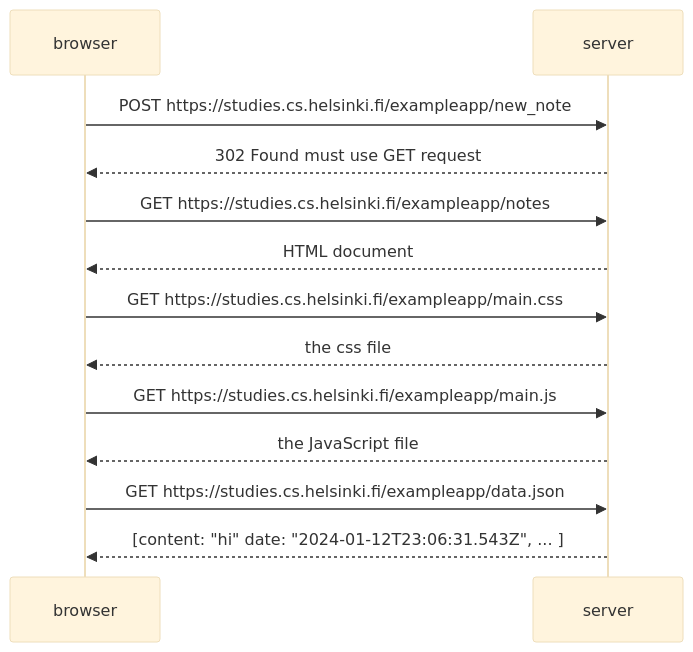
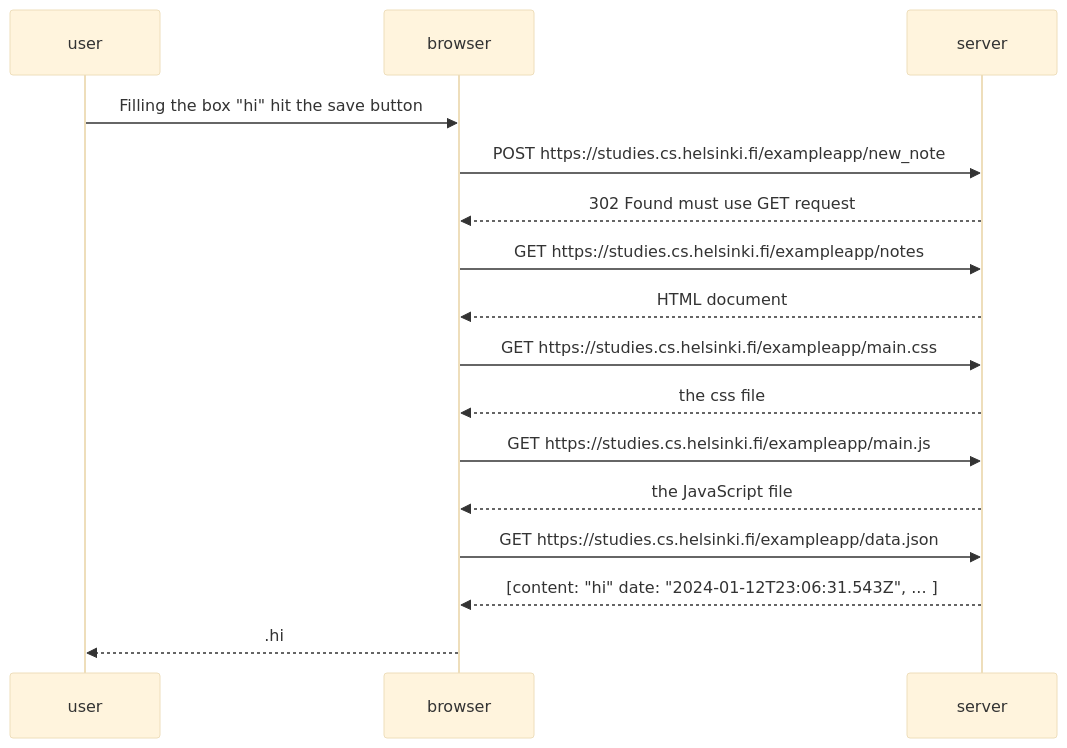
The diagram in SequenceDiagram.md (CheikhATGaye/FullStack), drawn with Mermaid (base theme) before and after one commit. The commit also changed other lines of this file and 1 other file, not shown here.

Commit message:
Adding User

````diff
--- a/SequenceDiagram.md
+++ b/SequenceDiagram.md
@@ -1,20 +2,23 @@
 ```mermaid
 sequenceDiagram
+    participant user
     participant browser
     participant server
 
+    user->>browser : Filling the box "hi" hit the save button
     browser->>server: POST https://studies.cs.helsinki.fi/exampleapp/new_note
     server-->>browser: 302 Found must use GET request
 
     browser->>server: GET https://studies.cs.helsinki.fi/exampleapp/notes
     server-->>browser: HTML document
 
     browser->>server: GET https://studies.cs.helsinki.fi/exampleapp/main.css
     server-->>browser: the css file
 
     browser->>server: GET https://studies.cs.helsinki.fi/exampleapp/main.js
     server-->>browser: the JavaScript file
 
     browser->>server: GET https://studies.cs.helsinki.fi/exampleapp/data.json
     server-->>browser: [content: "hi" date: "2024-01-12T23:06:31.543Z", ... ]
+    browser-->>user: .hi
 ```
````
